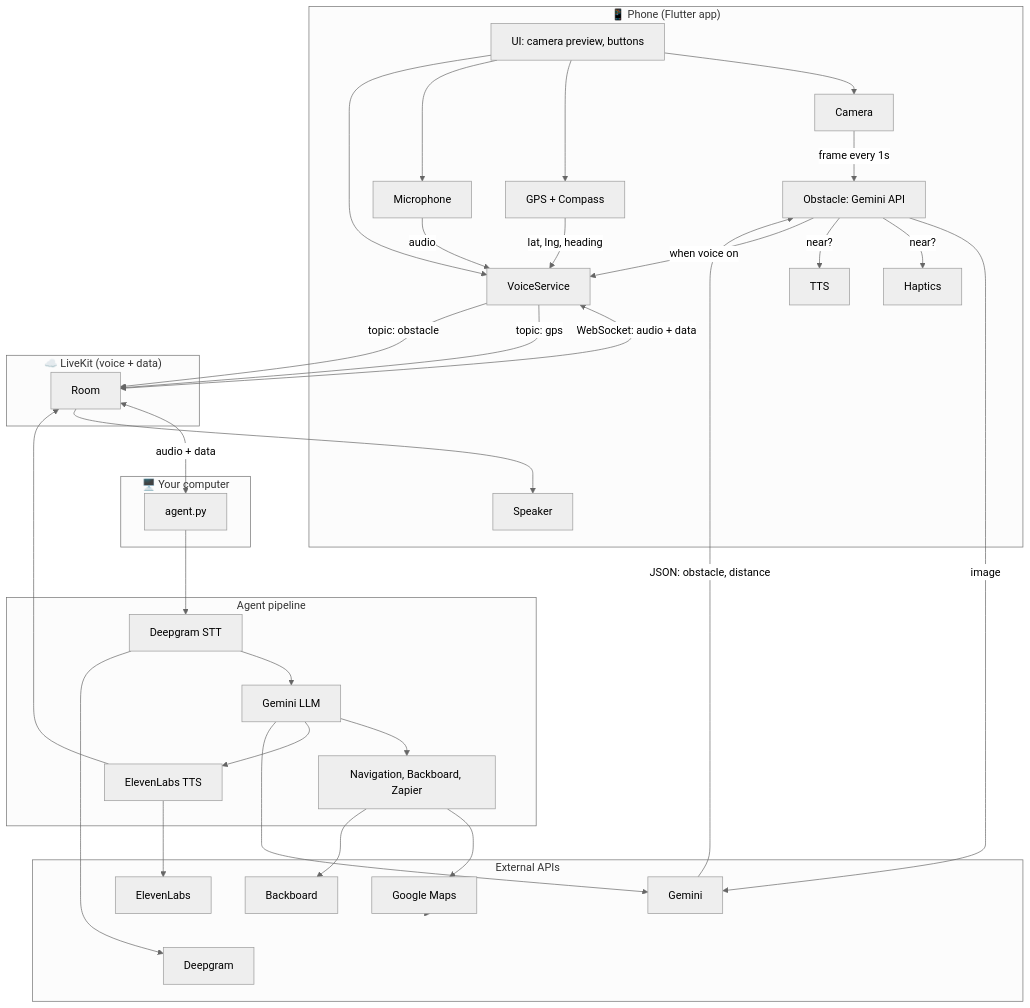
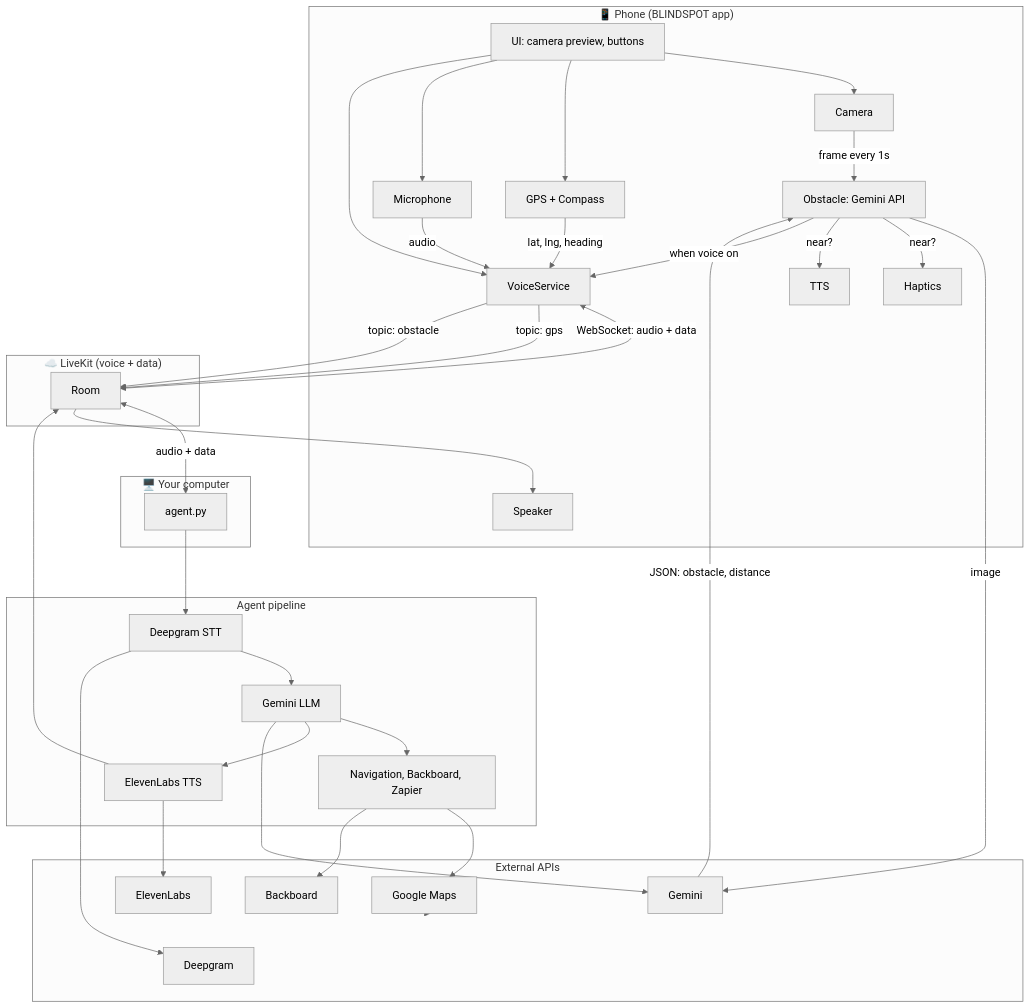
One commit to benz16107/BlindSpot changed the diagram in README.md. Above: the diagram before and after it, drawn with Mermaid (neutral theme). The commit also changed other lines of this file and 5 other files, not shown here.

````diff
--- a/README.md
+++ b/README.md
@@ -11,70 +11,70 @@
 ```mermaid
 flowchart TB
-  subgraph phone["📱 Phone (Flutter app)"]
+  subgraph phone["📱 Phone (BLINDSPOT app)"]
     UI[UI: camera preview, buttons]
     CAM[Camera]
     GPS[GPS + Compass]
     MIC[Microphone]
     SPEAKER[Speaker]
     HAPTIC[Haptics]
     TTS[TTS]
     OBST_LOCAL[Obstacle: Gemini API]
     VOICE_SVC[VoiceService]
   end
 
   subgraph cloud["☁️ LiveKit (voice + data)"]
     ROOM[Room]
   end
 
   subgraph server["🖥️ Your computer"]
     AGENT[agent.py]
   end
 
   subgraph agent_internals["Agent pipeline"]
     STT[Deepgram STT]
     LLM[Gemini LLM]
     TTS_EL[ElevenLabs TTS]
     TOOLS[Navigation, Backboard, Zapier]
   end
 
   subgraph apis["External APIs"]
     GMAPS[Google Maps]
     DEEP[Deepgram]
     GEMINI[Gemini]
     ELEVEN[ElevenLabs]
     BACK[Backboard]
   end
 
   UI --> CAM
   UI --> GPS
   UI --> MIC
   UI --> VOICE_SVC
 
   CAM -->|frame every 1s| OBST_LOCAL
   OBST_LOCAL -->|image| GEMINI
   GEMINI -->|JSON: obstacle, distance| OBST_LOCAL
   OBST_LOCAL -->|near?| HAPTIC
   OBST_LOCAL -->|near?| TTS
   OBST_LOCAL -->|when voice on| VOICE_SVC
 
   MIC -->|audio| VOICE_SVC
   VOICE_SVC <-->|WebSocket: audio + data| ROOM
   GPS -->|lat, lng, heading| VOICE_SVC
   VOICE_SVC -->|topic: gps| ROOM
   VOICE_SVC -->|topic: obstacle| ROOM
 
   ROOM <-->|audio + data| AGENT
   AGENT --> STT
   STT --> LLM
   LLM --> TOOLS
   TOOLS --> GMAPS
   TOOLS --> BACK
   LLM --> TTS_EL
   TTS_EL --> ROOM
   ROOM --> SPEAKER
 
   STT --> DEEP
   LLM --> GEMINI
   TTS_EL --> ELEVEN
   GMAPS --> apis
 ```
````
